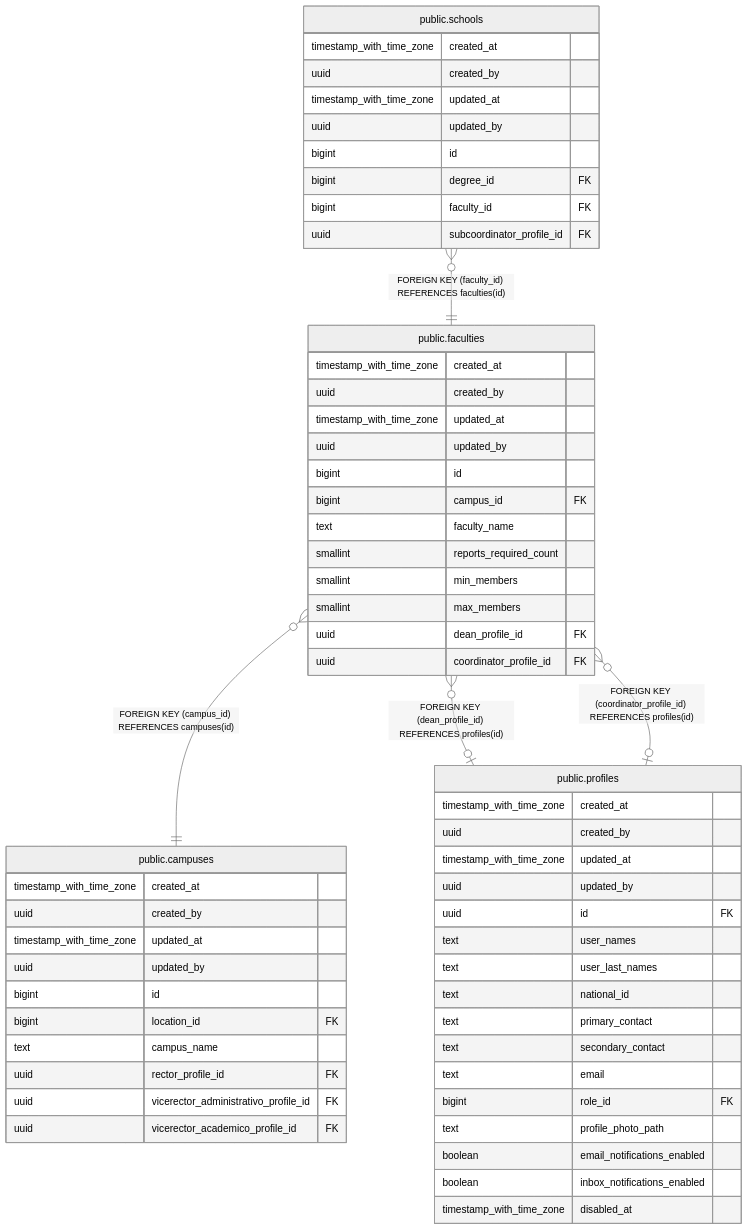
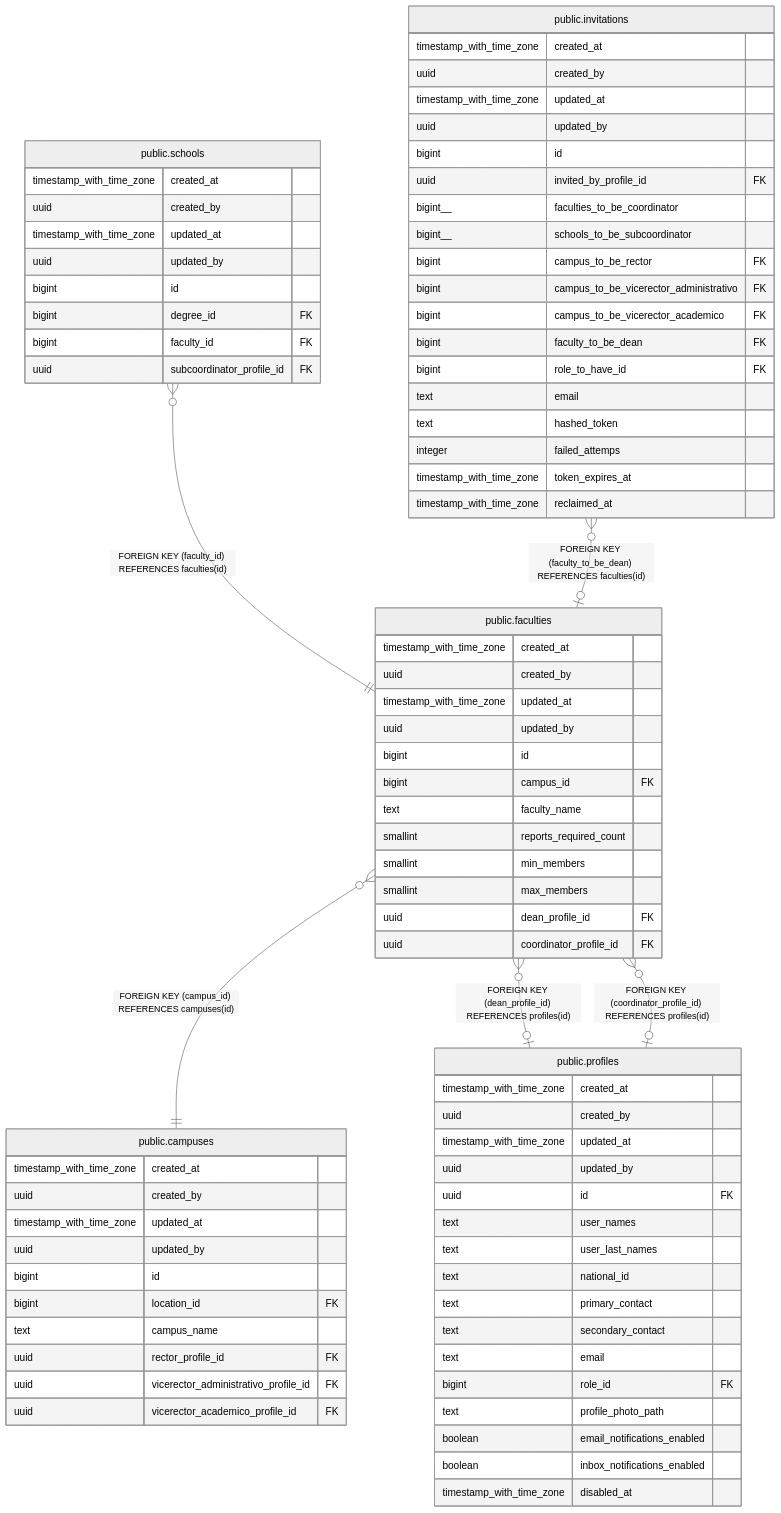
One commit to icristianhernandez/academic-service-backend changed the diagram in docs/db/tbls/public.faculties.md. Above: the diagram before and after it, drawn with Mermaid (neutral theme). The commit also changed other lines of this file and 7 other files, not shown here.

```diff
--- a/docs/db/tbls/public.faculties.md
+++ b/docs/db/tbls/public.faculties.md
@@ -53,6 +53,7 @@
 erDiagram
 
 "public.schools" }o--|| "public.faculties" : "FOREIGN KEY (faculty_id) REFERENCES faculties(id)"
+"public.invitations" }o--o| "public.faculties" : "FOREIGN KEY (faculty_to_be_dean) REFERENCES faculties(id)"
 "public.faculties" }o--|| "public.campuses" : "FOREIGN KEY (campus_id) REFERENCES campuses(id)"
 "public.faculties" }o--o| "public.profiles" : "FOREIGN KEY (dean_profile_id) REFERENCES profiles(id)"
 "public.faculties" }o--o| "public.profiles" : "FOREIGN KEY (coordinator_profile_id) REFERENCES profiles(id)"
@@ -80,6 +81,26 @@
   bigint degree_id FK ""
   bigint faculty_id FK ""
   uuid subcoordinator_profile_id FK ""
+}
+"public.invitations" {
+  timestamp_with_time_zone created_at ""
+  uuid created_by ""
+  timestamp_with_time_zone updated_at ""
+  uuid updated_by ""
+  bigint id ""
+  uuid invited_by_profile_id FK ""
+  bigint__ faculties_to_be_coordinator ""
+  bigint__ schools_to_be_subcoordinator ""
+  bigint campus_to_be_rector FK ""
+  bigint campus_to_be_vicerector_administrativo FK ""
+  bigint campus_to_be_vicerector_academico FK ""
+  bigint faculty_to_be_dean FK ""
+  bigint role_to_have_id FK ""
+  text email ""
+  text hashed_token ""
+  integer failed_attemps ""
+  timestamp_with_time_zone token_expires_at ""
+  timestamp_with_time_zone reclaimed_at ""
 }
 "public.campuses" {
   timestamp_with_time_zone created_at ""
```
